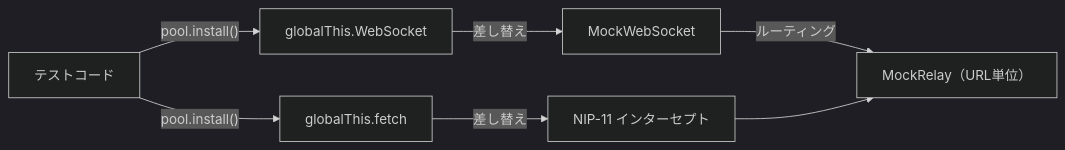
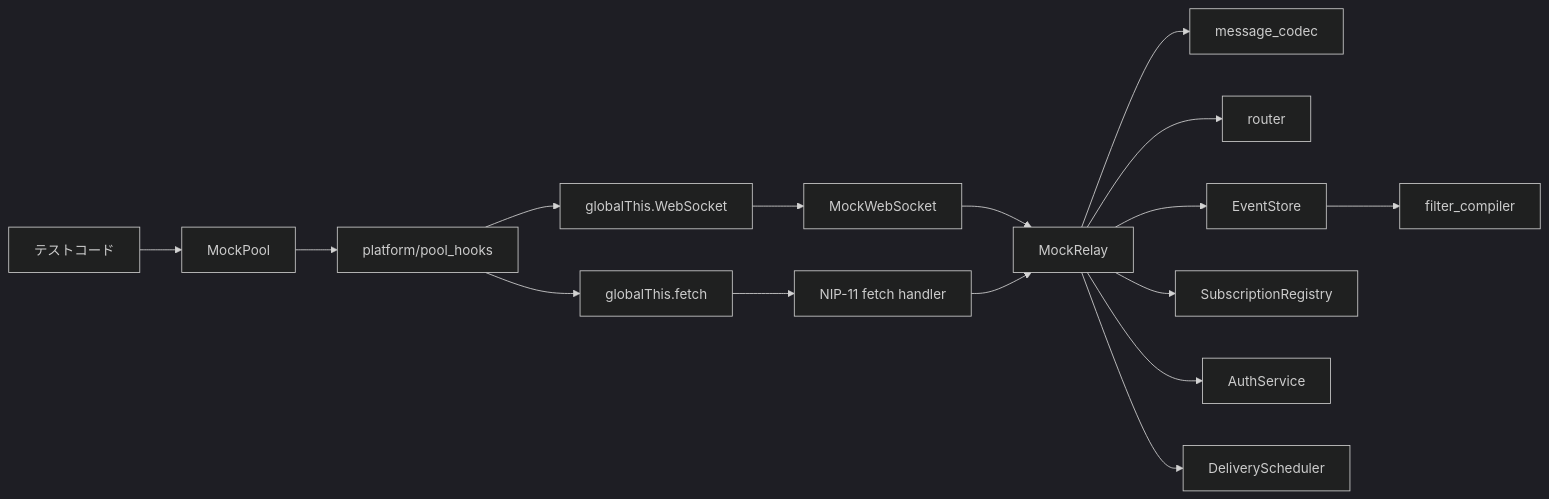
The first of 6 diagrams in docs/reference/architecture.md (ikuradon/tsunagiya), drawn with Mermaid (dark theme) before and after one commit. The commit also changed other lines of this file and 84 other files, not shown here.

````diff
--- a/docs/reference/architecture.md
+++ b/docs/reference/architecture.md
@@ -12,9 +17,19 @@
 ```mermaid
 flowchart LR
-    TC["テストコード"] -->|"pool.install()"| GWS["globalThis.WebSocket"]
-    TC -->|"pool.install()"| GF["globalThis.fetch"]
-    GWS -->|"差し替え"| MWS["MockWebSocket"]
-    GF -->|"差し替え"| NIP11["NIP-11 インターセプト"]
-    MWS -->|"ルーティング"| MR["MockRelay（URL単位）"]
-    NIP11 --> MR
+    TC["テストコード"] --> MP["MockPool"]
+    MP --> PH["platform/pool_hooks"]
+    PH --> GWS["globalThis.WebSocket"]
+    PH --> GF["globalThis.fetch"]
+    GWS --> MWS["MockWebSocket"]
+    GF --> N11["NIP-11 fetch handler"]
+    MWS --> MR["MockRelay"]
+    N11 --> MR
+
+    MR --> CODEC["message_codec"]
+    MR --> ROUTER["router"]
+    MR --> STORE["EventStore"]
+    MR --> SUBS["SubscriptionRegistry"]
+    MR --> AUTH["AuthService"]
+    MR --> DELIV["DeliveryScheduler"]
+    STORE --> FC["filter_compiler"]
 ```
````
